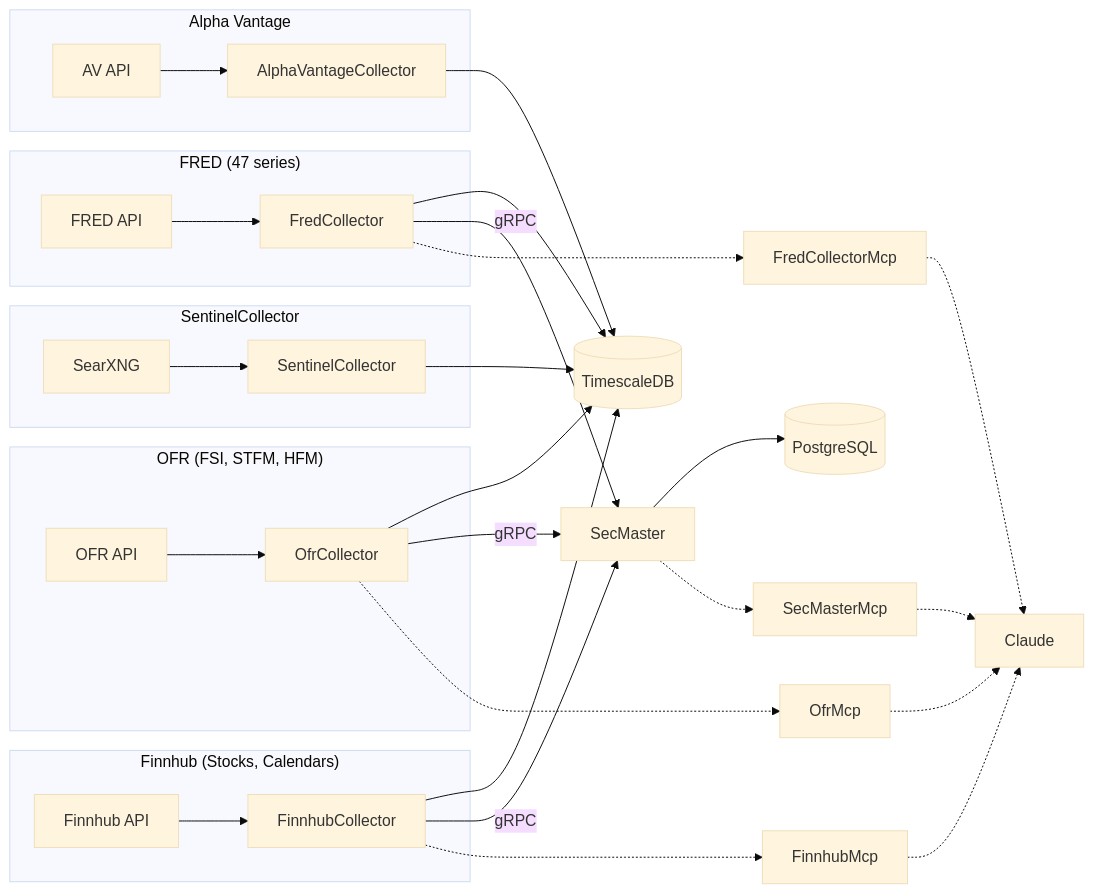
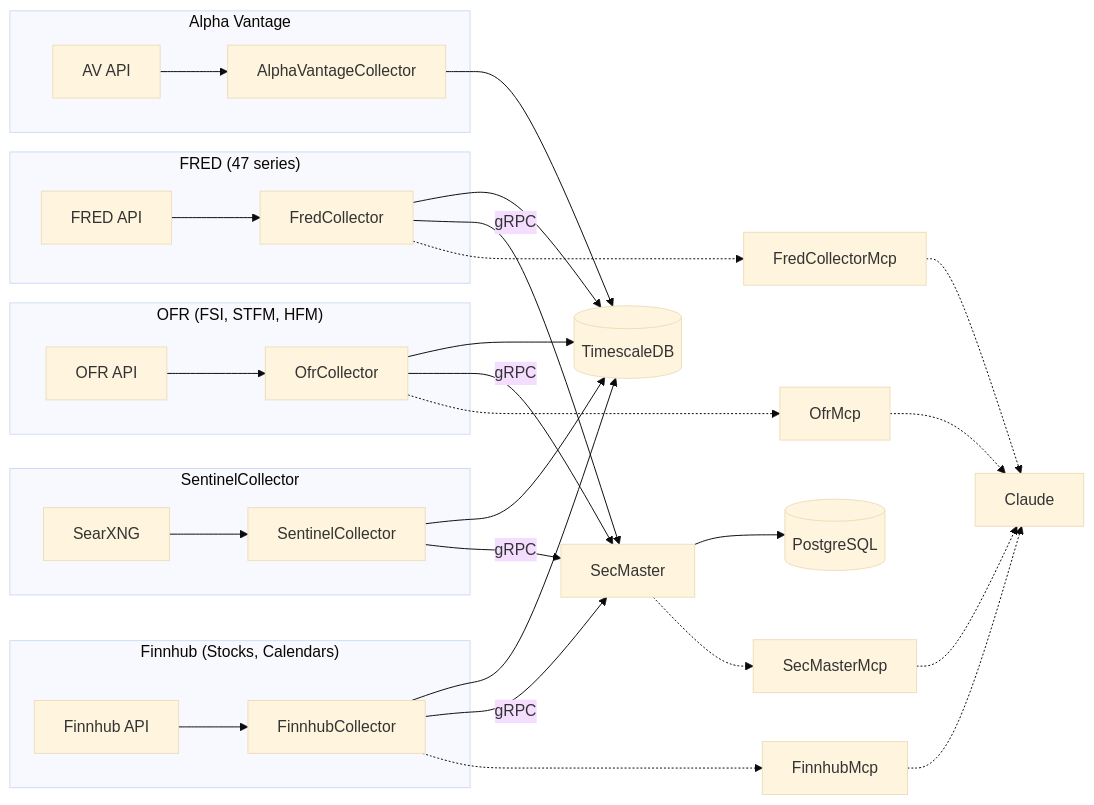
Before and after one commit to jpansarasa/ATLAS-Docs: the third of 4 diagrams in docs/ARCHITECTURE.md, drawn with Mermaid (base theme). The commit also changed other lines of this file, not shown here.

Commit message:
Sync docs from ATLAS @ a2b167468c6a8cbe9bf851802b170e22094b74b3

````diff
--- a/docs/ARCHITECTURE.md
+++ b/docs/ARCHITECTURE.md
@@ -203,43 +204,44 @@
 ```mermaid
 flowchart LR
     subgraph FRED["FRED (47 series)"]
         FA[FRED API] --> FC[FredCollector]
     end
 
     subgraph AV["Alpha Vantage"]
         AVA[AV API] --> AVC[AlphaVantageCollector]
     end
 
     subgraph OFR["OFR (FSI, STFM, HFM)"]
         OA[OFR API] --> OC[OfrCollector]
     end
 
     subgraph Finnhub["Finnhub (Stocks, Calendars)"]
         FHA[Finnhub API] --> FHC[FinnhubCollector]
     end
 
     subgraph Sentinel["SentinelCollector"]
         SX[SearXNG] --> SC[SentinelCollector]
     end
 
     FC --> DB[(TimescaleDB)]
     AVC --> DB
     OC --> DB
     FHC --> DB
     SC --> DB
 
     FC -->|gRPC| SM[SecMaster]
     OC -->|gRPC| SM
     FHC -->|gRPC| SM
+    SC -->|gRPC| SM
     SM --> PG[(PostgreSQL)]
 
     FC -.-> FM[FredCollectorMcp]
     OC -.-> OM[OfrMcp]
     FHC -.-> FHM[FinnhubMcp]
     SM -.-> SMM[SecMasterMcp]
 
     FM -.-> C[Claude]
     OM -.-> C
     FHM -.-> C
     SMM -.-> C
 ```
````
